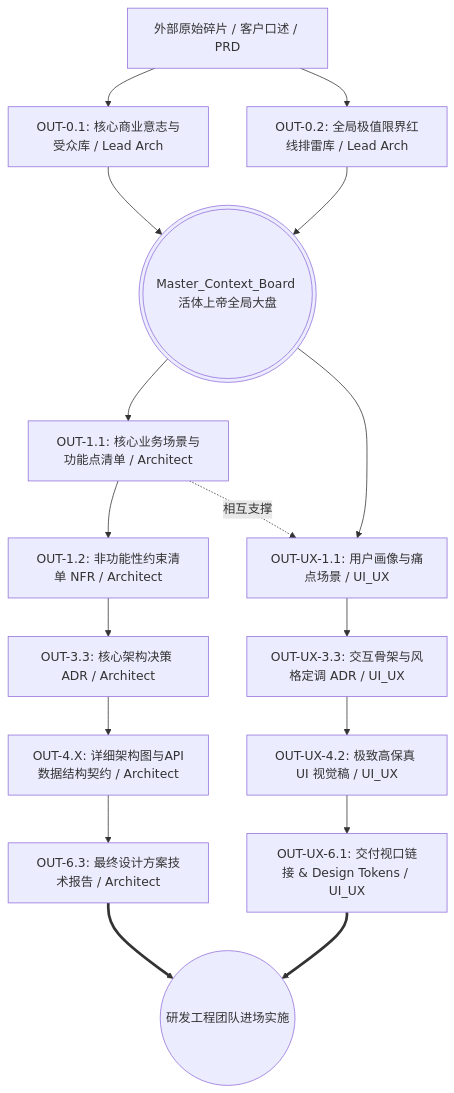
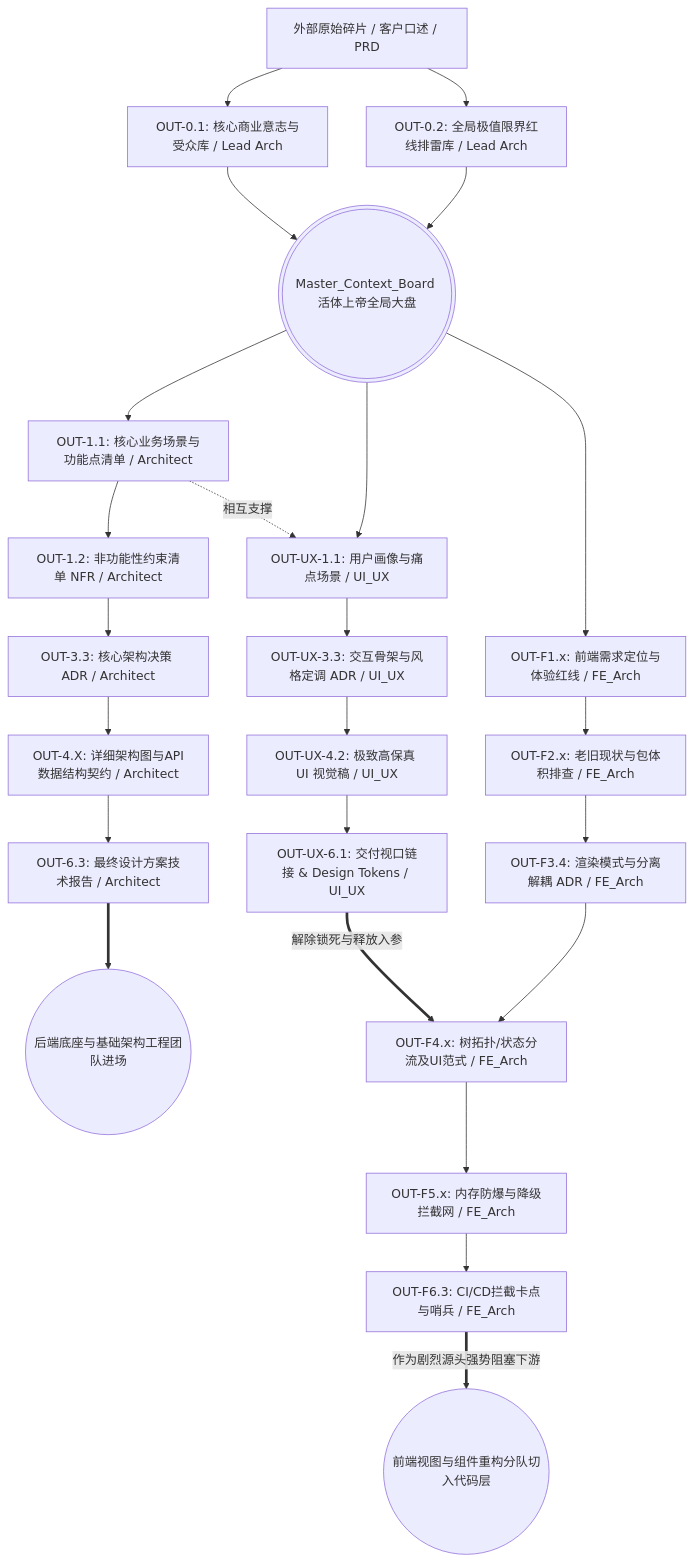
One commit to allenthinkingabu-hub/kareem changed the diagram in context/sop/Project_Global_IO_Pipeline_Template.md. Above: the diagram before and after it, drawn with Mermaid. The commit also changed other lines of this file and 11 other files, not shown here.

Commit message:
feat: add architect task templates and update associated skill prompts

````diff
--- a/context/sop/Project_Global_IO_Pipeline_Template.md
+++ b/context/sop/Project_Global_IO_Pipeline_Template.md
@@ -12,28 +12,38 @@
 ```mermaid
 graph TD;
     %% [神圣之源区：Phase 0 破冰总控基建]
     EXT[外部原始碎片 / 客户口述 / PRD] --> OUT_0_1[OUT-0.1: 核心商业意志与受众库 / Lead Arch]
     EXT --> OUT_0_2[OUT-0.2: 全局极值限界红线排雷库 / Lead Arch]
     
     %% 这里形成了从缓存变量到上帝大盘的第一环收敛
     OUT_0_1 --> BOARD(((Master_Context_Board 活体上帝全局大盘)))
     OUT_0_2 --> BOARD
     
     %% [系统架构研发分支：Architect SOP]
     BOARD --> ARCH_1_1[OUT-1.1: 核心业务场景与功能点清单 / Architect]
     ARCH_1_1 --> ARCH_1_2[OUT-1.2: 非功能性约束清单 NFR / Architect]
     ARCH_1_2 --> ARCH_3_3[OUT-3.3: 核心架构决策 ADR / Architect]
     ARCH_3_3 --> ARCH_4[OUT-4.X: 详细架构图与API数据结构契约 / Architect]
     ARCH_4 --> ARCH_FINAL[OUT-6.3: 最终设计方案技术报告 / Architect]
 
     %% [体验设计分支：UI/UX Designer SOP]
     BOARD --> UX_1_1[OUT-UX-1.1: 用户画像与痛点场景 / UI_UX]
     ARCH_1_1 -. 相互支撑 .-> UX_1_1
     UX_1_1 --> UX_3_3[OUT-UX-3.3: 交互骨架与风格定调 ADR / UI_UX]
     UX_3_3 --> UX_4_2[OUT-UX-4.2: 极致高保真 UI 视觉稿 / UI_UX]
     UX_4_2 --> UX_FINAL[OUT-UX-6.1: 交付视口链接 & Design Tokens / UI_UX]
     
+    %% [前端架构研发分支：Frontend Architect SOP]
+    BOARD --> F_ARCH_1[OUT-F1.x: 前端需求定位与体验红线 / FE_Arch]
+    F_ARCH_1 --> F_ARCH_2[OUT-F2.x: 老旧现状与包体积排查 / FE_Arch]
+    F_ARCH_2 --> F_ARCH_3[OUT-F3.4: 渲染模式与分离解耦 ADR / FE_Arch]
+    %% UI 设计稿是前端架构进入 4.X 详细组件树设计的绝杀入参
+    UX_FINAL ==解除锁死与释放入参==> F_ARCH_4[OUT-F4.x: 树拓扑/状态分流及UI范式 / FE_Arch]
+    F_ARCH_3 --> F_ARCH_4
+    F_ARCH_4 --> F_ARCH_5[OUT-F5.x: 内存防爆与降级拦截网 / FE_Arch]
+    F_ARCH_5 --> F_ARCH_FINAL[OUT-F6.3: CI/CD拦截卡点与哨兵 / FE_Arch]
+
     %% [研发与验收交付汇流]
-    ARCH_FINAL ==> DEV_TEAM((研发工程团队进场实施))
-    UX_FINAL ==> DEV_TEAM
+    ARCH_FINAL ==> DEV_TEAM((后端底座与基础架构工程团队进场))
+    F_ARCH_FINAL ==作为剧烈源头强势阻塞下游==> FE_DEV_TEAM((前端视图与组件重构分队切入代码层))
 ```
````
